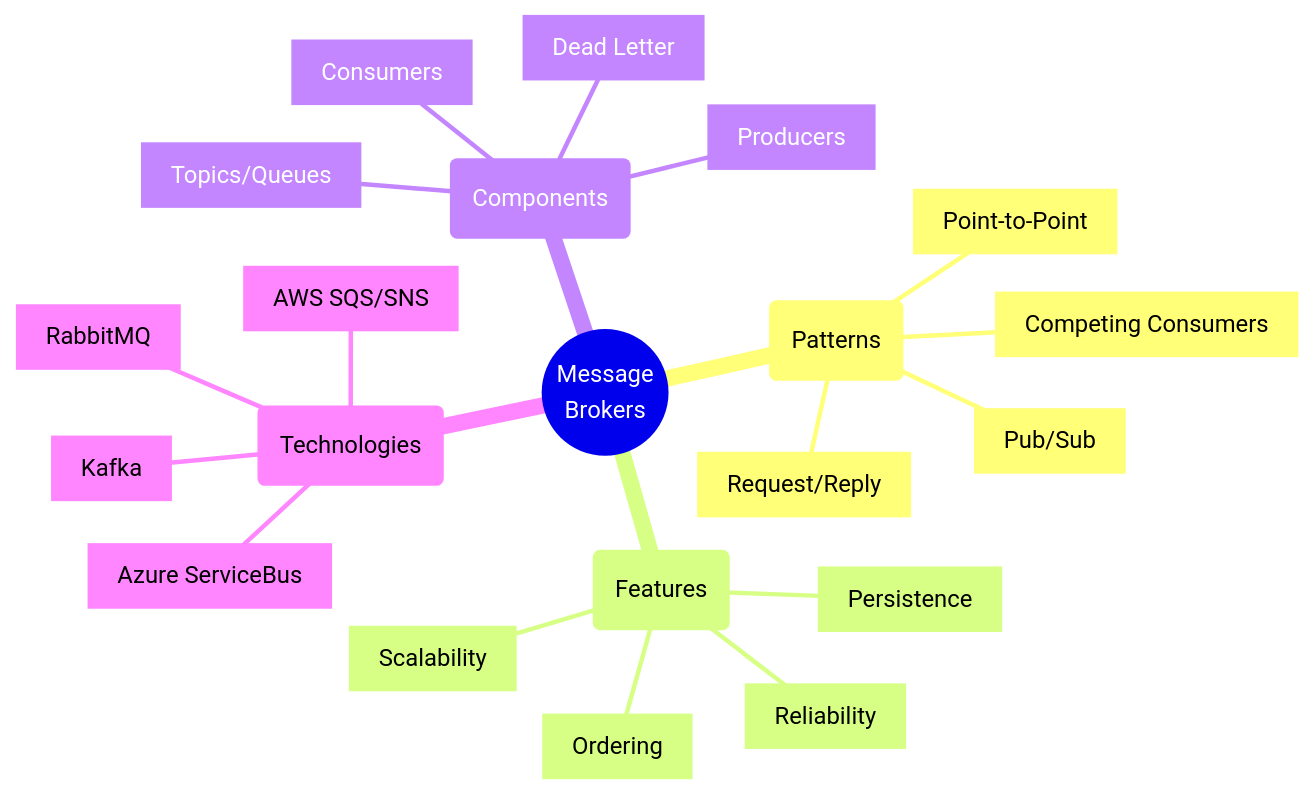
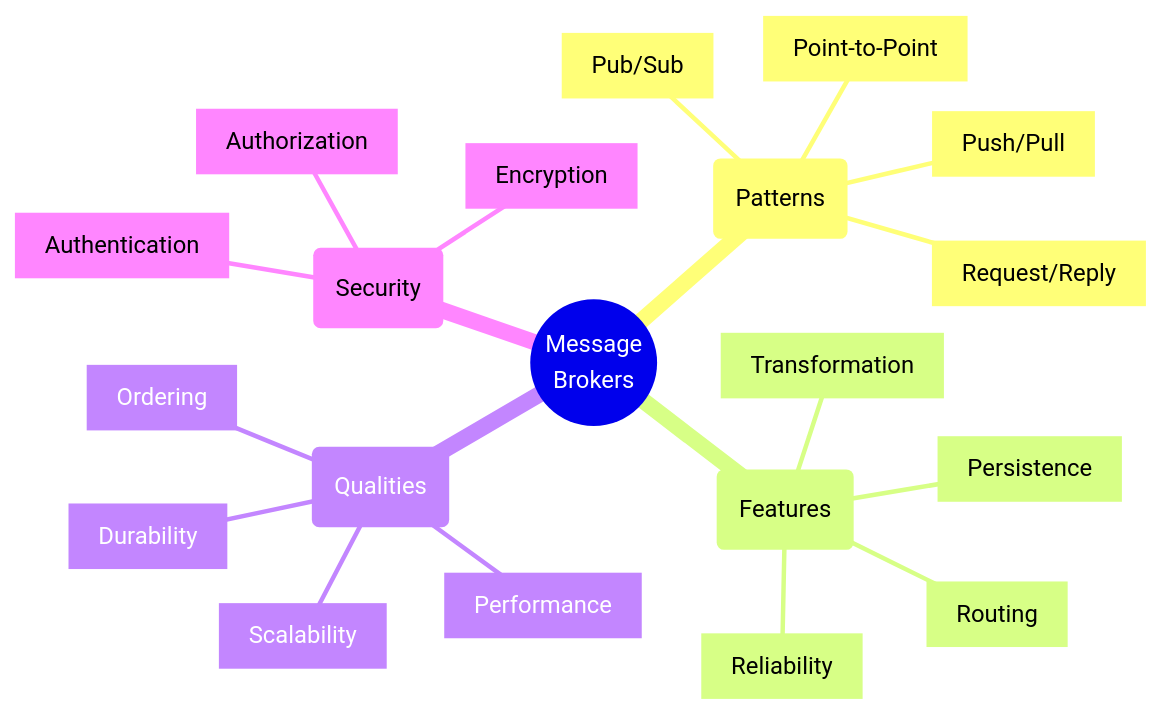
Before and after one commit to saravanakumarrc/Architecture_Journey: the first of 3 diagrams in src/Message_Broker_Architectures.md, drawn with Mermaid. The commit also changed other lines of this file and 6 other files, not shown here.

First line of the commit message:
Refactor observability documentation: streamline sections, enhance clarity, and update diagrams for better understanding of monitoring components and patterns.

````diff
--- a/src/Message_Broker_Architectures.md
+++ b/src/Message_Broker_Architectures.md
@@ -3,25 +3,24 @@
 ```mermaid
 mindmap
     root((Message
         Brokers))
         (Patterns)
             [Pub/Sub]
             [Point-to-Point]
             [Request/Reply]
-            [Competing Consumers]
+            [Push/Pull]
         (Features)
             [Reliability]
+            [Persistence]
+            [Routing]
+            [Transformation]
+        (Qualities)
+            [Durability]
+            [Ordering]
+            [Performance]
             [Scalability]
-            [Ordering]
-            [Persistence]
-        (Components)
-            [Producers]
-            [Consumers]
-            [Topics/Queues]
-            [Dead Letter]
-        (Technologies)
-            [Kafka]
-            [RabbitMQ]
-            [Azure ServiceBus]
-            [AWS SQS/SNS]
+        (Security)
+            [Authentication]
+            [Authorization]
+            [Encryption]
 ```
````
